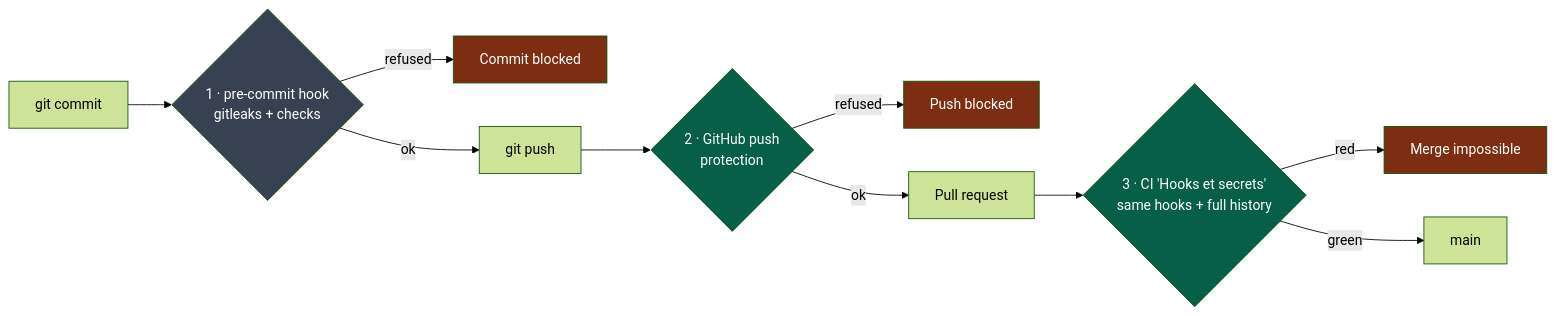
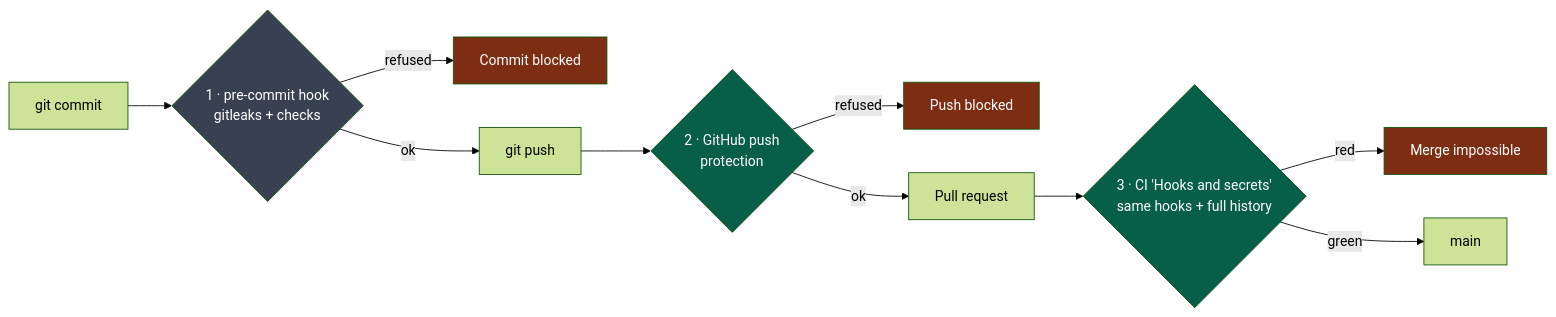
The diagram in skeleton/CONTRIBUTING.md (NapkinStack/engineering-os), drawn with Mermaid (forest theme) before and after one commit. The commit also changed 3 other files, not shown here.

````diff
--- a/skeleton/CONTRIBUTING.md
+++ b/skeleton/CONTRIBUTING.md
@@ -13,17 +13,17 @@
 ```mermaid
 flowchart LR
     C["git commit"] --> H{"1 · pre-commit hook<br/>gitleaks + checks"}
     H -->|refused| X1["Commit blocked"]
     H -->|ok| P["git push"] --> PP{"2 · GitHub push<br/>protection"}
     PP -->|refused| X2["Push blocked"]
-    PP -->|ok| PR["Pull request"] --> CI{"3 · CI 'Hooks et secrets'<br/>same hooks + full history"}
+    PP -->|ok| PR["Pull request"] --> CI{"3 · CI 'Hooks and secrets'<br/>same hooks + full history"}
     CI -->|red| X3["Merge impossible"]
     CI -->|green| M["main"]
 
     classDef local fill:#374151,color:#fff
     classDef server fill:#065f46,color:#fff
     classDef stop fill:#7c2d12,color:#fff
     class H local
     class PP,CI server
     class X1,X2,X3 stop
 ```
````
